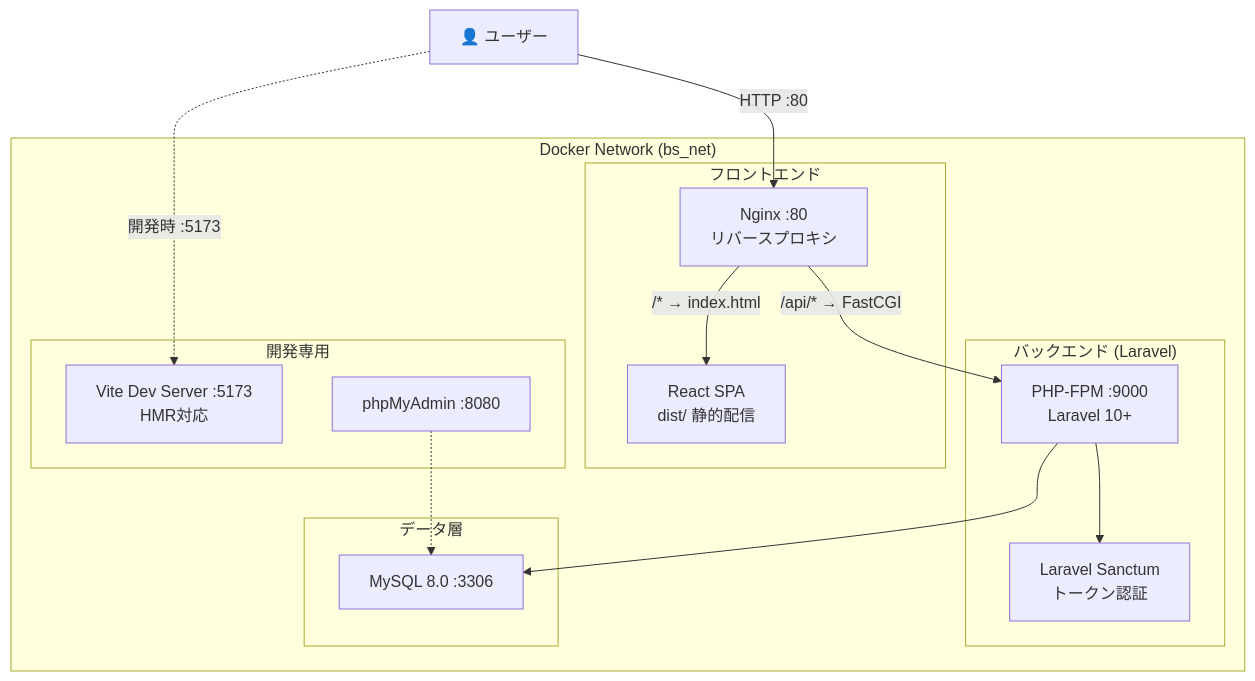
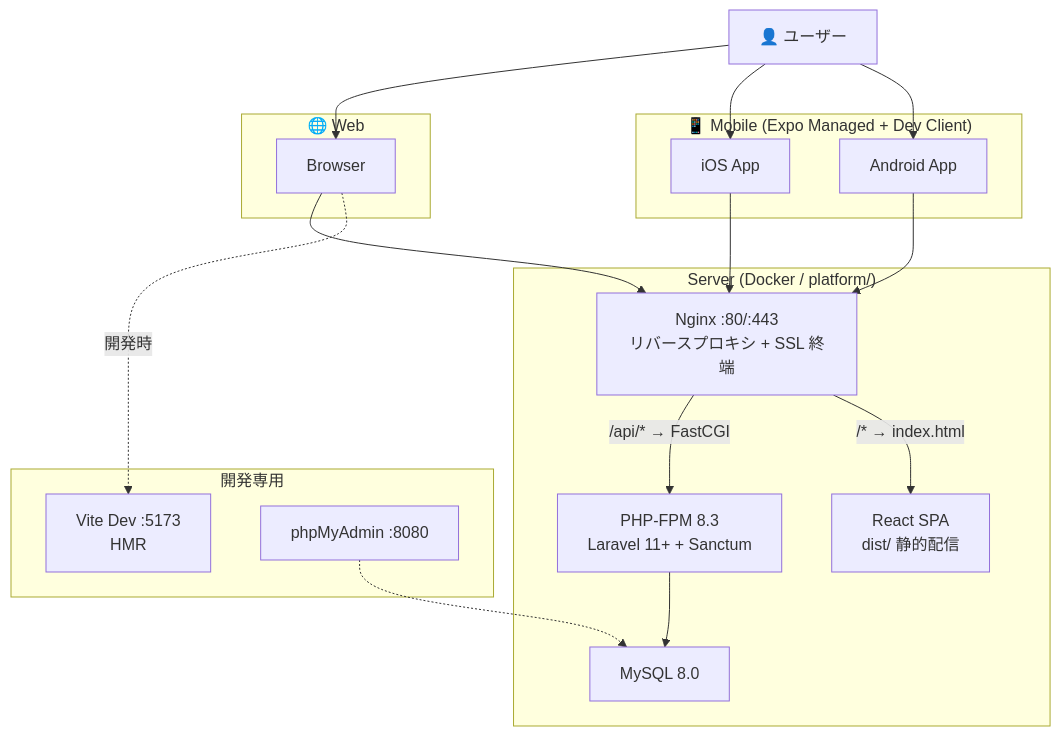
Before and after one commit to makoto-kamimura/docker_balance_sheet: the first of 11 diagrams in doc/design.md, drawn with Mermaid. The commit also changed other lines of this file and 71 other files, not shown here.

````diff
--- a/doc/design.md
+++ b/doc/design.md
@@ -10,33 +12,35 @@
 ```mermaid
 graph TB
     User["👤 ユーザー"]
 
-    subgraph Docker["Docker Network (bs_net)"]
-        subgraph FE["フロントエンド"]
-            Nginx["Nginx :80<br/>リバースプロキシ"]
-            React["React SPA<br/>dist/ 静的配信"]
-        end
-
-        subgraph BE["バックエンド (Laravel)"]
-            PHP["PHP-FPM :9000<br/>Laravel 10+"]
-            Sanctum["Laravel Sanctum<br/>トークン認証"]
-        end
-
-        subgraph DB["データ層"]
-            MySQL["MySQL 8.0 :3306"]
-        end
-
-        subgraph Dev["開発専用"]
-            Vite["Vite Dev Server :5173<br/>HMR対応"]
-            PMA["phpMyAdmin :8080"]
-        end
+    subgraph Web["🌐 Web"]
+        Browser["Browser"]
     end
 
-    User -->|"HTTP :80"| Nginx
-    Nginx -->|"/api/*  → FastCGI"| PHP
+    subgraph Mobile["📱 Mobile (Expo Managed + Dev Client)"]
+        iOS["iOS App"]
+        AOS["Android App"]
+    end
+
+    subgraph Server["Server (Docker / platform/)"]
+        Nginx["Nginx :80/:443<br/>リバースプロキシ + SSL 終端"]
+        React["React SPA<br/>dist/ 静的配信"]
+        PHP["PHP-FPM 8.3<br/>Laravel 11+ + Sanctum"]
+        MySQL["MySQL 8.0"]
+    end
+
+    subgraph Dev["開発専用"]
+        Vite["Vite Dev :5173<br/>HMR"]
+        PMA["phpMyAdmin :8080"]
+    end
+
+    User --> Browser --> Nginx
+    User --> iOS --> Nginx
+    User --> AOS --> Nginx
+
+    Nginx -->|"/api/* → FastCGI"| PHP
     Nginx -->|"/* → index.html"| React
-    PHP --> Sanctum
     PHP --> MySQL
-    User -.->|"開発時 :5173"| Vite
     PMA -.-> MySQL
+    Browser -.->|"開発時"| Vite
 ```
````
